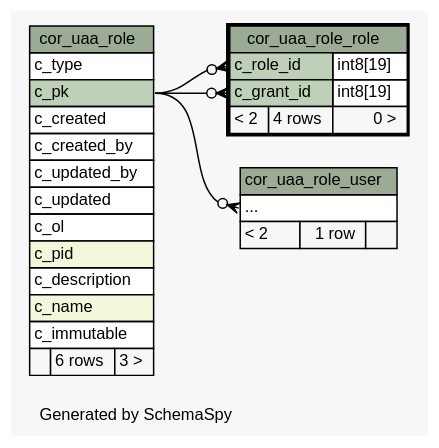
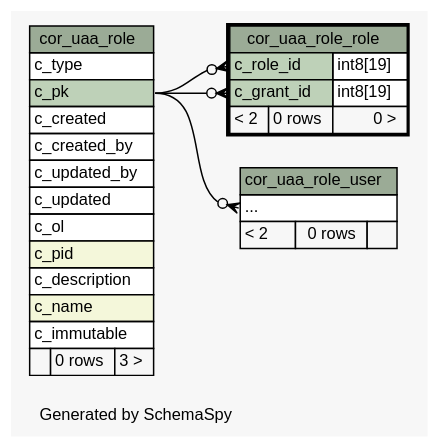
The diagram in 2.0.0-SNAPSHOT/schemaspy/diagrams/cor_uaa_role_role.2degrees.dot (openwms/org.openwms.core.uaa), drawn with Graphviz before and after one commit. The commit also changed 352 other files, not shown here.

```diff
--- a/2.0.0-SNAPSHOT/schemaspy/diagrams/cor_uaa_role_role.2degrees.dot
+++ b/2.0.0-SNAPSHOT/schemaspy/diagrams/cor_uaa_role_role.2degrees.dot
@@ -1,66 +1,66 @@
-// dot 2.43.0 on Linux 5.13.0-1029-azure
+// dot 2.43.0 on Linux 5.15.0-1020-azure
 // SchemaSpy rev Unknown
 digraph "twoDegreesRelationshipsDiagram" {
   graph [
     rankdir="RL"
     bgcolor="#f7f7f7"
     label="\nGenerated by SchemaSpy"
     labeljust="l"
     nodesep="0.18"
     ranksep="0.46"
     fontname="Helvetica"
     fontsize="11"
   ];
   node [
     fontname="Helvetica"
     fontsize="11"
     shape="plaintext"
   ];
   edge [
     arrowsize="0.8"
   ];
   "cor_uaa_role_role":"c_grant_id":w -> "cor_uaa_role":"c_pk":e [arrowhead=none dir=back arrowtail=crowodot];
   "cor_uaa_role_role":"c_role_id":w -> "cor_uaa_role":"c_pk":e [arrowhead=none dir=back arrowtail=crowodot];
   "cor_uaa_role_user":"elipses":w -> "cor_uaa_role":"c_pk":e [arrowhead=none dir=back arrowtail=crowodot];
   "cor_uaa_role" [
     label=<
     <TABLE BORDER="0" CELLBORDER="1" CELLSPACING="0" BGCOLOR="#ffffff">
       <TR><TD COLSPAN="3" BGCOLOR="#9bab96" ALIGN="CENTER">cor_uaa_role</TD></TR>
       <TR><TD PORT="c_type" COLSPAN="3" ALIGN="LEFT">c_type</TD></TR>
       <TR><TD PORT="c_pk" COLSPAN="3" BGCOLOR="#bed1b8" ALIGN="LEFT">c_pk</TD></TR>
       <TR><TD PORT="c_created" COLSPAN="3" ALIGN="LEFT">c_created</TD></TR>
       <TR><TD PORT="c_created_by" COLSPAN="3" ALIGN="LEFT">c_created_by</TD></TR>
       <TR><TD PORT="c_updated_by" COLSPAN="3" ALIGN="LEFT">c_updated_by</TD></TR>
       <TR><TD PORT="c_updated" COLSPAN="3" ALIGN="LEFT">c_updated</TD></TR>
       <TR><TD PORT="c_ol" COLSPAN="3" ALIGN="LEFT">c_ol</TD></TR>
       <TR><TD PORT="c_pid" COLSPAN="3" BGCOLOR="#f4f7da" ALIGN="LEFT">c_pid</TD></TR>
       <TR><TD PORT="c_description" COLSPAN="3" ALIGN="LEFT">c_description</TD></TR>
       <TR><TD PORT="c_name" COLSPAN="3" BGCOLOR="#f4f7da" ALIGN="LEFT">c_name</TD></TR>
       <TR><TD PORT="c_immutable" COLSPAN="3" ALIGN="LEFT">c_immutable</TD></TR>
-      <TR><TD ALIGN="LEFT" BGCOLOR="#f7f7f7">  </TD><TD ALIGN="RIGHT" BGCOLOR="#f7f7f7">6 rows</TD><TD ALIGN="RIGHT" BGCOLOR="#f7f7f7">3 &gt;</TD></TR>
+      <TR><TD ALIGN="LEFT" BGCOLOR="#f7f7f7">  </TD><TD ALIGN="RIGHT" BGCOLOR="#f7f7f7">0 rows</TD><TD ALIGN="RIGHT" BGCOLOR="#f7f7f7">3 &gt;</TD></TR>
     </TABLE>>
     URL="cor_uaa_role.html"
     tooltip="cor_uaa_role"
   ];
   "cor_uaa_role_role" [
     label=<
     <TABLE BORDER="2" CELLBORDER="1" CELLSPACING="0" BGCOLOR="#ffffff">
       <TR><TD COLSPAN="3" BGCOLOR="#9bab96" ALIGN="CENTER">cor_uaa_role_role</TD></TR>
       <TR><TD PORT="c_role_id" COLSPAN="2" BGCOLOR="#bed1b8" ALIGN="LEFT">c_role_id</TD><TD PORT="c_role_id.type" ALIGN="LEFT">int8[19]</TD></TR>
       <TR><TD PORT="c_grant_id" COLSPAN="2" BGCOLOR="#bed1b8" ALIGN="LEFT">c_grant_id</TD><TD PORT="c_grant_id.type" ALIGN="LEFT">int8[19]</TD></TR>
-      <TR><TD ALIGN="LEFT" BGCOLOR="#f7f7f7">&lt; 2</TD><TD ALIGN="RIGHT" BGCOLOR="#f7f7f7">4 rows</TD><TD ALIGN="RIGHT" BGCOLOR="#f7f7f7">0 &gt;</TD></TR>
+      <TR><TD ALIGN="LEFT" BGCOLOR="#f7f7f7">&lt; 2</TD><TD ALIGN="RIGHT" BGCOLOR="#f7f7f7">0 rows</TD><TD ALIGN="RIGHT" BGCOLOR="#f7f7f7">0 &gt;</TD></TR>
     </TABLE>>
     URL="cor_uaa_role_role.html"
     tooltip="cor_uaa_role_role"
   ];
   "cor_uaa_role_user" [
     label=<
     <TABLE BORDER="0" CELLBORDER="1" CELLSPACING="0" BGCOLOR="#ffffff">
       <TR><TD COLSPAN="3" BGCOLOR="#9bab96" ALIGN="CENTER">cor_uaa_role_user</TD></TR>
       <TR><TD PORT="elipses" COLSPAN="3" ALIGN="LEFT">...</TD></TR>
-      <TR><TD ALIGN="LEFT" BGCOLOR="#f7f7f7">&lt; 2</TD><TD ALIGN="RIGHT" BGCOLOR="#f7f7f7">1 row</TD><TD ALIGN="RIGHT" BGCOLOR="#f7f7f7">  </TD></TR>
+      <TR><TD ALIGN="LEFT" BGCOLOR="#f7f7f7">&lt; 2</TD><TD ALIGN="RIGHT" BGCOLOR="#f7f7f7">0 rows</TD><TD ALIGN="RIGHT" BGCOLOR="#f7f7f7">  </TD></TR>
     </TABLE>>
     URL="cor_uaa_role_user.html"
     tooltip="cor_uaa_role_user"
   ];
 }
```
